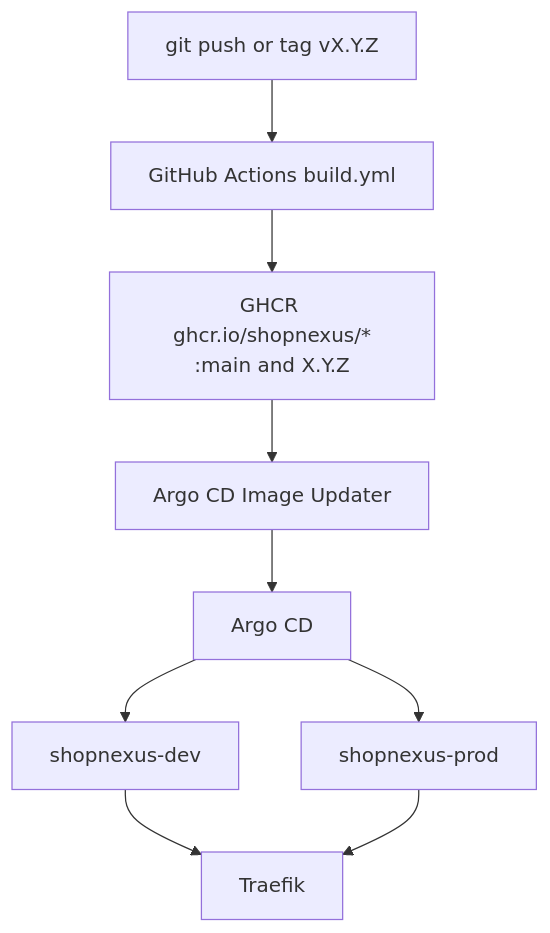
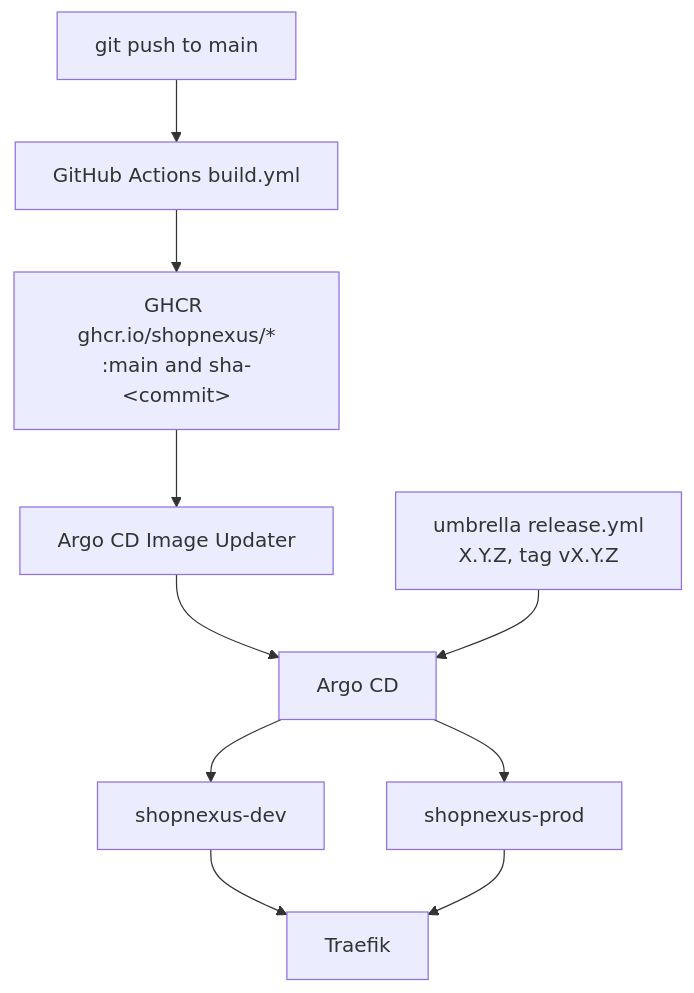
One commit to shopnexus/docs changed the diagram in web/src/content/docs/en/operations/index.mdx. Above: the diagram before and after it, drawn with Mermaid. The commit also changed other lines of this file and 7 other files, not shown here.

First line of the commit message:
operations: prod runs a release of the umbrella

````diff
--- a/web/src/content/docs/en/operations/index.mdx
+++ b/web/src/content/docs/en/operations/index.mdx
@@ -27,11 +27,12 @@
 ```mermaid title="From a push to a running pod"
 flowchart TB
-  push[git push or tag vX.Y.Z] --> ci[GitHub Actions build.yml]
-  ci --> ghcr["GHCR ghcr.io/shopnexus/*<br/>:main and X.Y.Z"]
+  push[git push to main] --> ci[GitHub Actions build.yml]
+  ci --> ghcr["GHCR ghcr.io/shopnexus/*<br/>:main and sha-#lt;commit#gt;"]
   ghcr --> iu[Argo CD Image Updater]
   iu --> argo[Argo CD]
+  rel["umbrella release.yml<br/>X.Y.Z, tag vX.Y.Z"] --> argo
   argo --> devns[shopnexus-dev]
   argo --> prodns[shopnexus-prod]
   devns --> traefik[Traefik]
   prodns --> traefik
 ```
````
